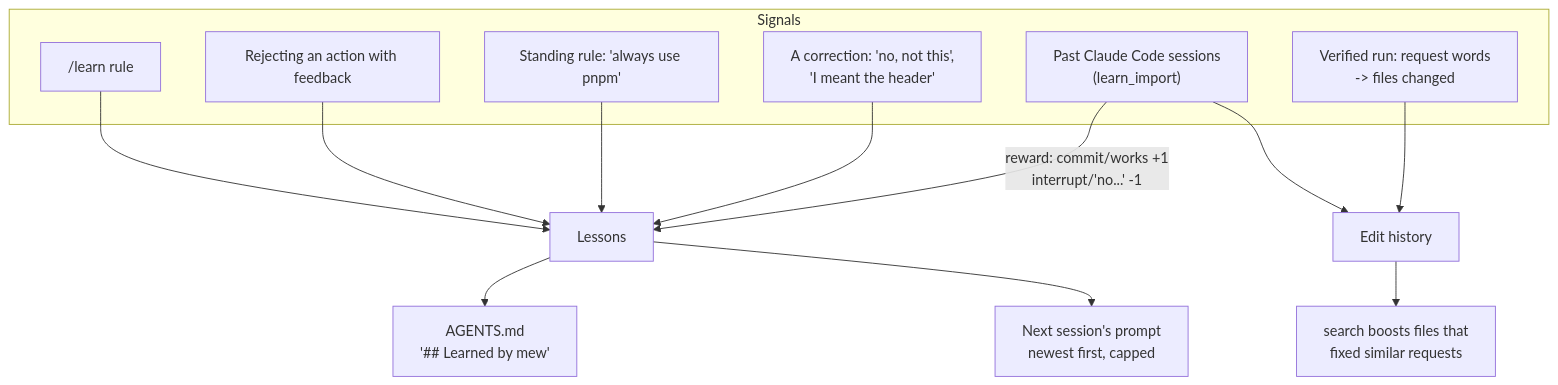
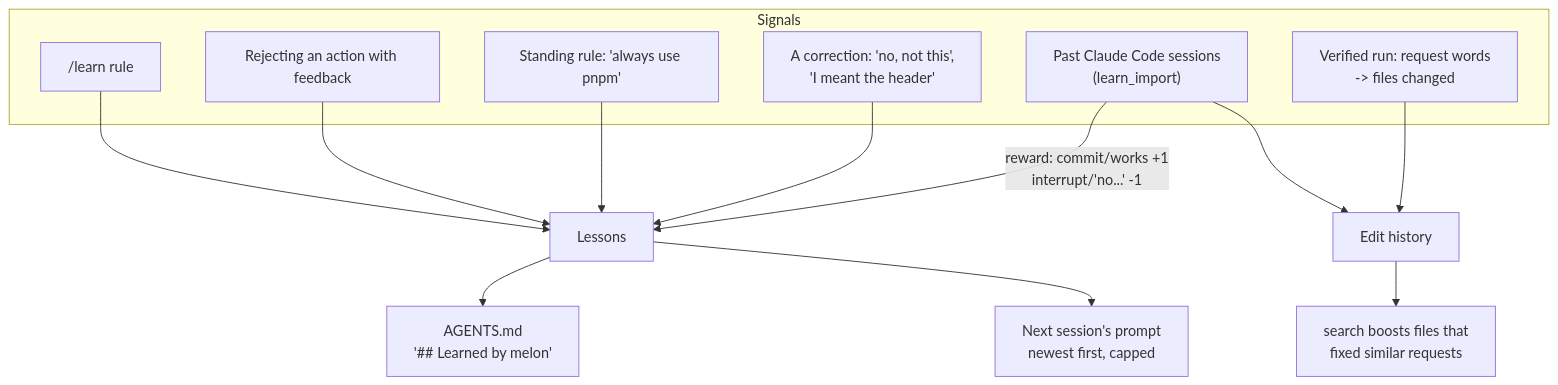
The tenth of 11 diagrams in README.md (Adityaadpandey/melon-harness), drawn with Mermaid before and after one commit. The commit also changed other lines of this file and 44 other files, not shown here.

````diff
--- a/README.md
+++ b/README.md
@@ -601,18 +601,18 @@
 ```mermaid
 flowchart TB
     subgraph IN["Signals"]
         S1["/learn rule"]
         S2["Rejecting an action with feedback"]
         S3["Standing rule: 'always use pnpm'"]
         S4["A correction: 'no, not this',<br/>'I meant the header'"]
         S5["Verified run: request words<br/>-> files changed"]
         S6["Past Claude Code sessions<br/>(learn_import)"]
     end
     S1 & S2 & S3 & S4 --> LES["Lessons"]
     S6 -->|"reward: commit/works +1<br/>interrupt/'no...' -1"| LES
     S6 --> EH
     S5 --> EH["Edit history"]
-    LES --> AG["AGENTS.md<br/>'## Learned by mew'"]
+    LES --> AG["AGENTS.md<br/>'## Learned by melon'"]
     LES --> PROMPT["Next session's prompt<br/>newest first, capped"]
     EH --> SEARCH["search boosts files that<br/>fixed similar requests"]
 ```
````
